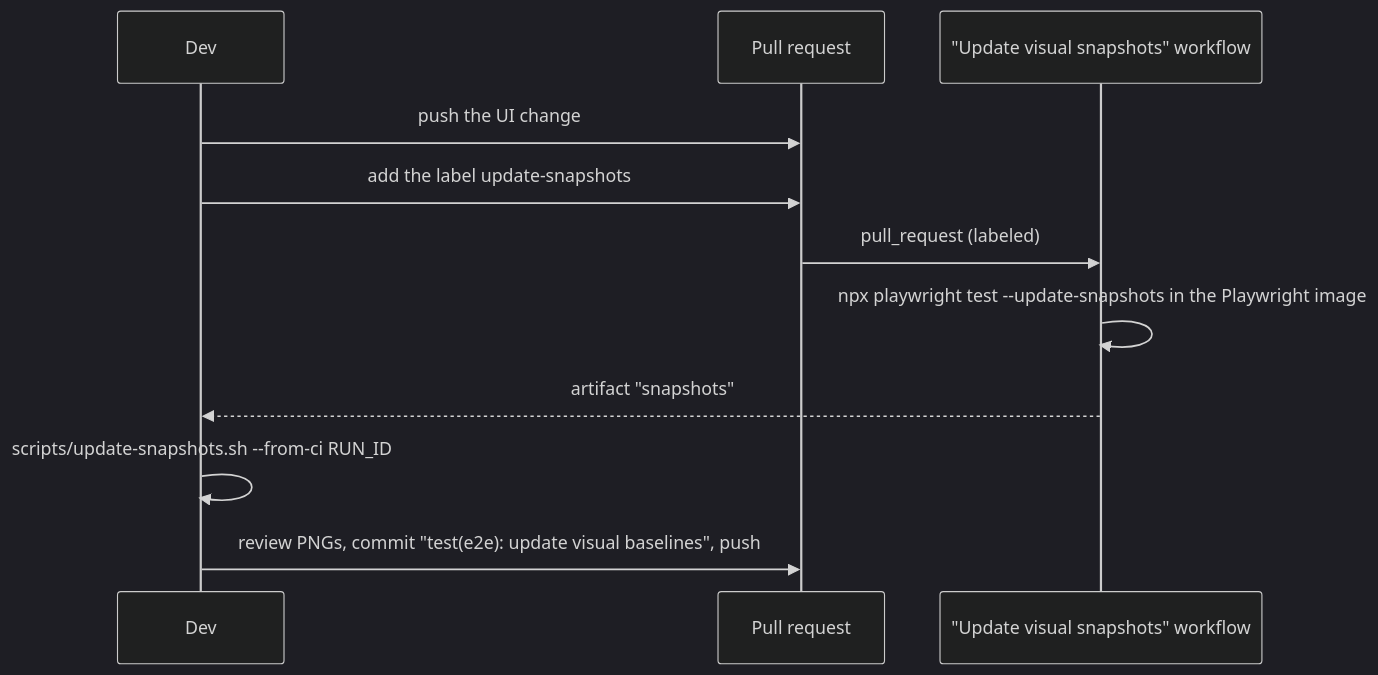
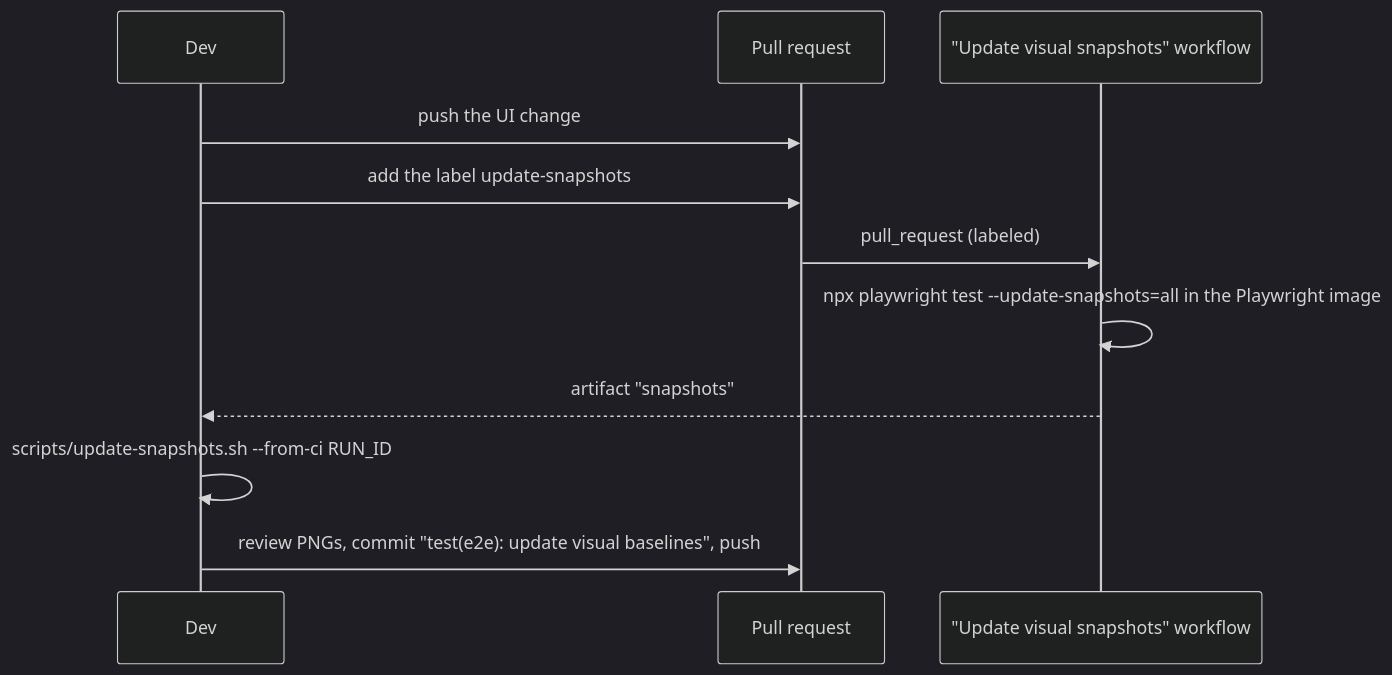
One commit to thordin9/apotheke changed the diagram in docs/testing.md. Above: the diagram before and after it, drawn with Mermaid (dark theme). The commit also changed 3 other files, not shown here.

````diff
--- a/docs/testing.md
+++ b/docs/testing.md
@@ -125,13 +125,13 @@
 ```mermaid
 sequenceDiagram
   participant Dev
   participant PR as Pull request
   participant WF as "Update visual snapshots" workflow
   Dev->>PR: push the UI change
   Dev->>PR: add the label update-snapshots
   PR->>WF: pull_request (labeled)
-  WF->>WF: npx playwright test --update-snapshots in the Playwright image
+  WF->>WF: npx playwright test --update-snapshots=all in the Playwright image
   WF-->>Dev: artifact "snapshots"
   Dev->>Dev: scripts/update-snapshots.sh --from-ci RUN_ID
   Dev->>PR: review PNGs, commit "test(e2e): update visual baselines", push
 ```
````
